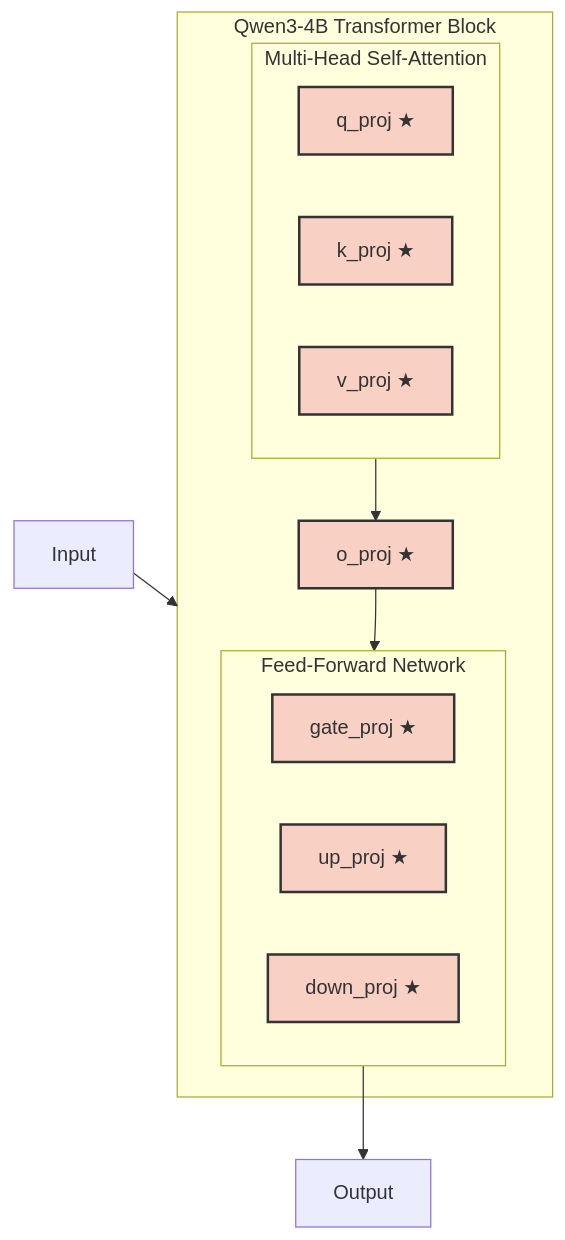
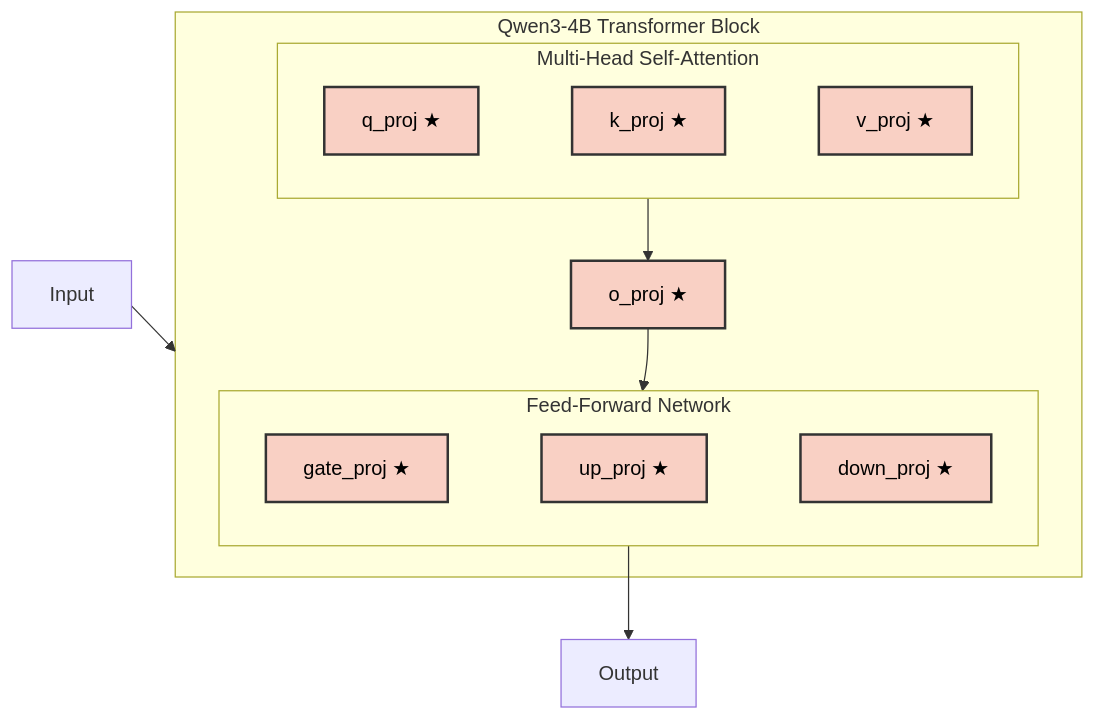
Before and after one commit to viduvan/Docs: the fifth of 9 diagrams in presentation_content.md, drawn with Mermaid.

Commit message:
update presentation_content

````diff
--- a/presentation_content.md
+++ b/presentation_content.md
@@ -287,30 +287,26 @@
 ```mermaid
 flowchart TD
     Input --> Block
     
     subgraph Block ["Qwen3-4B Transformer Block"]
         subgraph Attention ["Multi-Head Self-Attention"]
             direction LR
-            Q["q_proj ★"]:::lora
-            K["k_proj ★"]:::lora
-            V["v_proj ★"]:::lora
+            Q["q_proj ★"]:::lora ~~~ K["k_proj ★"]:::lora ~~~ V["v_proj ★"]:::lora
         end
         
         O["o_proj ★"]:::lora
         
         subgraph FFN ["Feed-Forward Network"]
             direction LR
-            Gate["gate_proj ★"]:::lora
-            Up["up_proj ★"]:::lora
-            Down["down_proj ★"]:::lora
+            Gate["gate_proj ★"]:::lora ~~~ Up["up_proj ★"]:::lora ~~~ Down["down_proj ★"]:::lora
         end
         
         Attention --> O
         O --> FFN
     end
     
     FFN --> Output
     
-    classDef lora fill:#f9d0c4,stroke:#333,stroke-width:2px;
+    classDef lora fill:#f9d0c4,stroke:#333,stroke-width:2px,color:#000;
     %% (★) Indicates LoRA is applied
 ```
````
